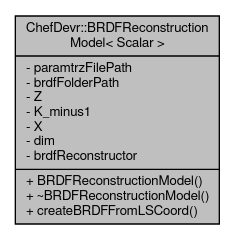
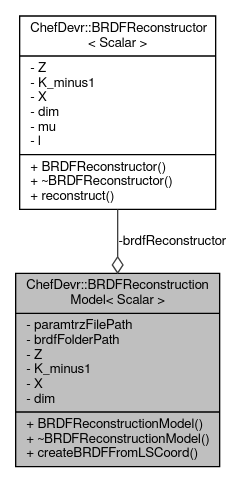
The diagram in docs/class_chef_devr_1_1_b_r_d_f_reconstruction_model__coll__graph.dot (bsella/brdf), drawn with Graphviz before and after one commit. The commit also changed 58 other files, not shown here.

```diff
--- a/docs/class_chef_devr_1_1_b_r_d_f_reconstruction_model__coll__graph.dot
+++ b/docs/class_chef_devr_1_1_b_r_d_f_reconstruction_model__coll__graph.dot
@@ -1,6 +1,8 @@
 digraph "ChefDevr::BRDFReconstructionModel&lt; Scalar &gt;"
 {
   edge [fontname="FreeSans",fontsize="10",labelfontname="FreeSans",labelfontsize="10"];
   node [fontname="FreeSans",fontsize="10",shape=record];
-  Node1 [label="{ChefDevr::BRDFReconstruction\lModel\< Scalar \>\n|- paramtrzFilePath\l- brdfFolderPath\l- Z\l- K_minus1\l- X\l- dim\l- brdfReconstructor\l|+ BRDFReconstructionModel()\l+ ~BRDFReconstructionModel()\l+ createBRDFFromLSCoord()\l}",height=0.2,width=0.4,color="black", fillcolor="grey75", style="filled", fontcolor="black"];
+  Node1 [label="{ChefDevr::BRDFReconstruction\lModel\< Scalar \>\n|- paramtrzFilePath\l- brdfFolderPath\l- Z\l- K_minus1\l- X\l- dim\l|+ BRDFReconstructionModel()\l+ ~BRDFReconstructionModel()\l+ createBRDFFromLSCoord()\l}",height=0.2,width=0.4,color="black", fillcolor="grey75", style="filled", fontcolor="black"];
+  Node2 -> Node1 [color="grey25",fontsize="10",style="solid",label=" -brdfReconstructor" ,arrowhead="odiamond",fontname="FreeSans"];
+  Node2 [label="{ChefDevr::BRDFReconstructor\l\< Scalar \>\n|- Z\l- K_minus1\l- X\l- dim\l- mu\l- l\l|+ BRDFReconstructor()\l+ ~BRDFReconstructor()\l+ reconstruct()\l}",height=0.2,width=0.4,color="black", fillcolor="white", style="filled",URL="$class_chef_devr_1_1_b_r_d_f_reconstructor.html",tooltip="Class that allows BRDF reconstruction from latent space coordinates. "];
 }
```
